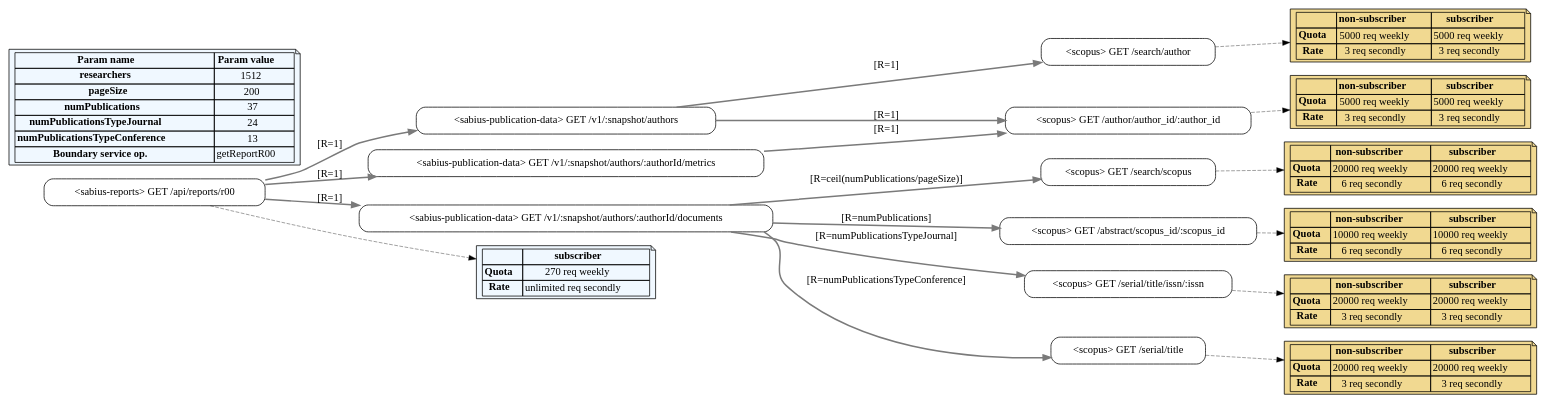
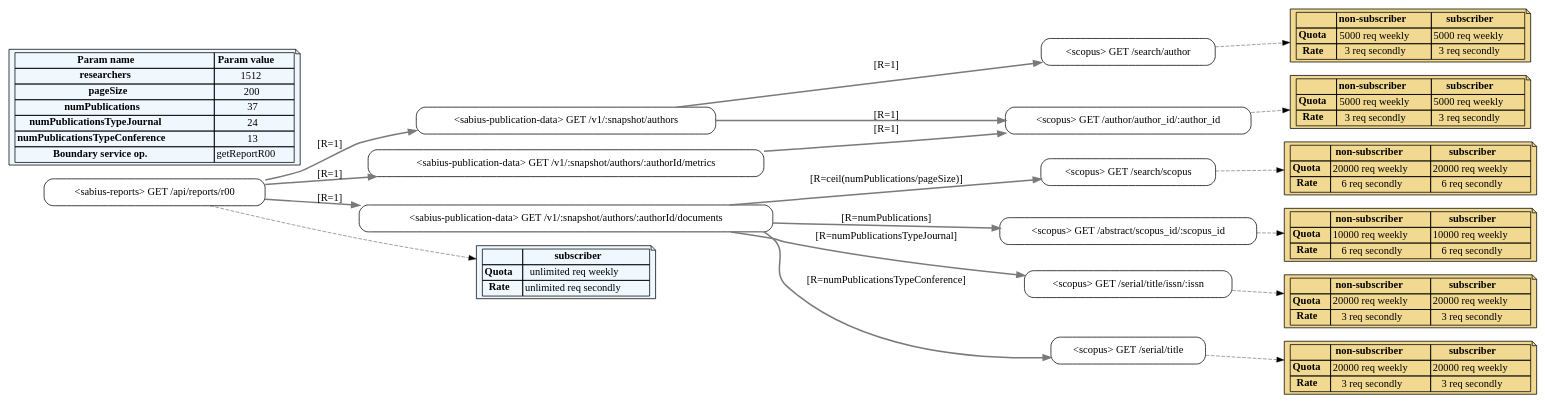
The diagram in src/backend/output/mapping-complex/mapping-complex.dot (isa-group/governify-electra), drawn with Graphviz before and after one commit. The commit also changed 20 other files, not shown here.

```diff
--- a/src/backend/output/mapping-complex/mapping-complex.dot
+++ b/src/backend/output/mapping-complex/mapping-complex.dot
@@ -159,7 +159,7 @@
 </tr>
 <tr>
 <td><b>Quota</b></td>
-<td>270 req weekly</td>
+<td>unlimited req weekly</td>
 </tr>
 <tr>
 <td><b>Rate</b></td>
```
